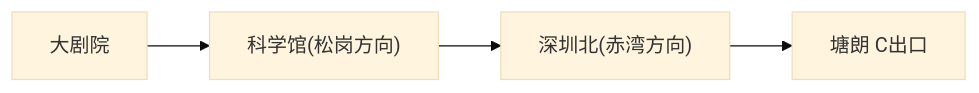
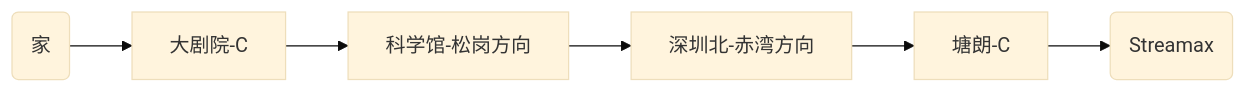
One commit to maozuxiao/my-website changed the first of 2 diagrams in docs/Streamax_Landing_Report.md. Above: the diagram before and after it, drawn with Mermaid (base theme). The commit also changed other lines of this file and 1 other file, not shown here.

````diff
--- a/docs/Streamax_Landing_Report.md
+++ b/docs/Streamax_Landing_Report.md
@@ -67,6 +67,8 @@
 ```mermaid
 graph LR
-    A["大剧院"] --> B["科学馆(松岗方向)"]
-    B --> C["深圳北(赤湾方向)"]
-    C --> D["塘朗 C出口"]
+    M(家)--> A
+    A[大剧院-C] --> B[科学馆-松岗方向]
+    B --> C[深圳北-赤湾方向]
+    C --> D[塘朗-C]
+    D --> F(Streamax)
 ```
````
